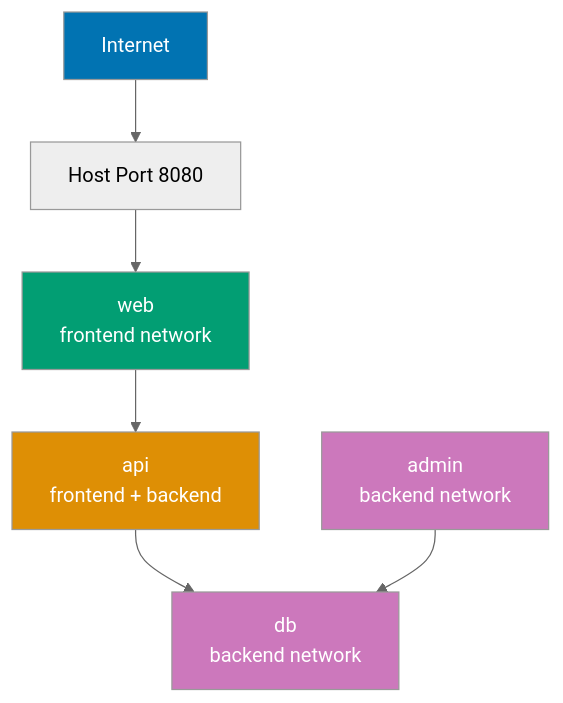
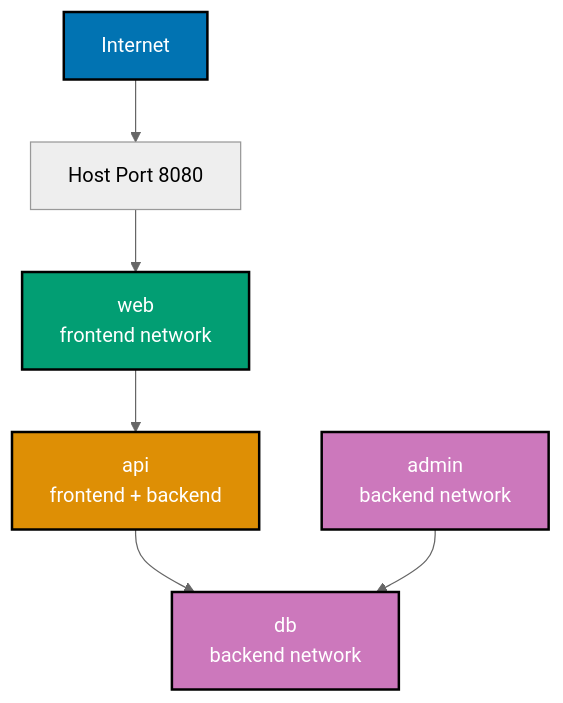
The eighth of 8 diagrams in apps/ayokoding-web/content/en/learn/software-engineering/infrastructure/tools/docker/by-example/beginner.md (wahidyankf/open-sharia-enterprise), drawn with Mermaid (neutral theme) before and after one commit. The commit also changed other lines of this file and 25 other files, not shown here.

````diff
--- a/apps/ayokoding-web/content/en/learn/software-engineering/infrastructure/tools/docker/by-example/beginner.md
+++ b/apps/ayokoding-web/content/en/learn/software-engineering/infrastructure/tools/docker/by-example/beginner.md
@@ -2546,15 +2553,16 @@
 ```mermaid
+%% Color Palette: Blue #0173B2, Orange #DE8F05, Teal #029E73, Purple #CC78BC, Brown #CA9161
 %% Network segmentation topology
 graph TD
  A["Internet"] --> B["Host Port 8080"]
  B --> C["web<br/>frontend network"]
  C --> D["api<br/>frontend + backend"]
  D --> E["db<br/>backend network"]
  F["admin<br/>backend network"] --> E
 
- style A fill:#0173B2,color:#fff
- style C fill:#029E73,color:#fff
- style D fill:#DE8F05,color:#fff
- style E fill:#CC78BC,color:#fff
- style F fill:#CC78BC,color:#fff
+ style A fill:#0173B2,stroke:#000000,stroke-width:2px,color:#fff
+ style C fill:#029E73,stroke:#000000,stroke-width:2px,color:#fff
+ style D fill:#DE8F05,stroke:#000000,stroke-width:2px,color:#fff
+ style E fill:#CC78BC,stroke:#000000,stroke-width:2px,color:#fff
+ style F fill:#CC78BC,stroke:#000000,stroke-width:2px,color:#fff
 ```
````
